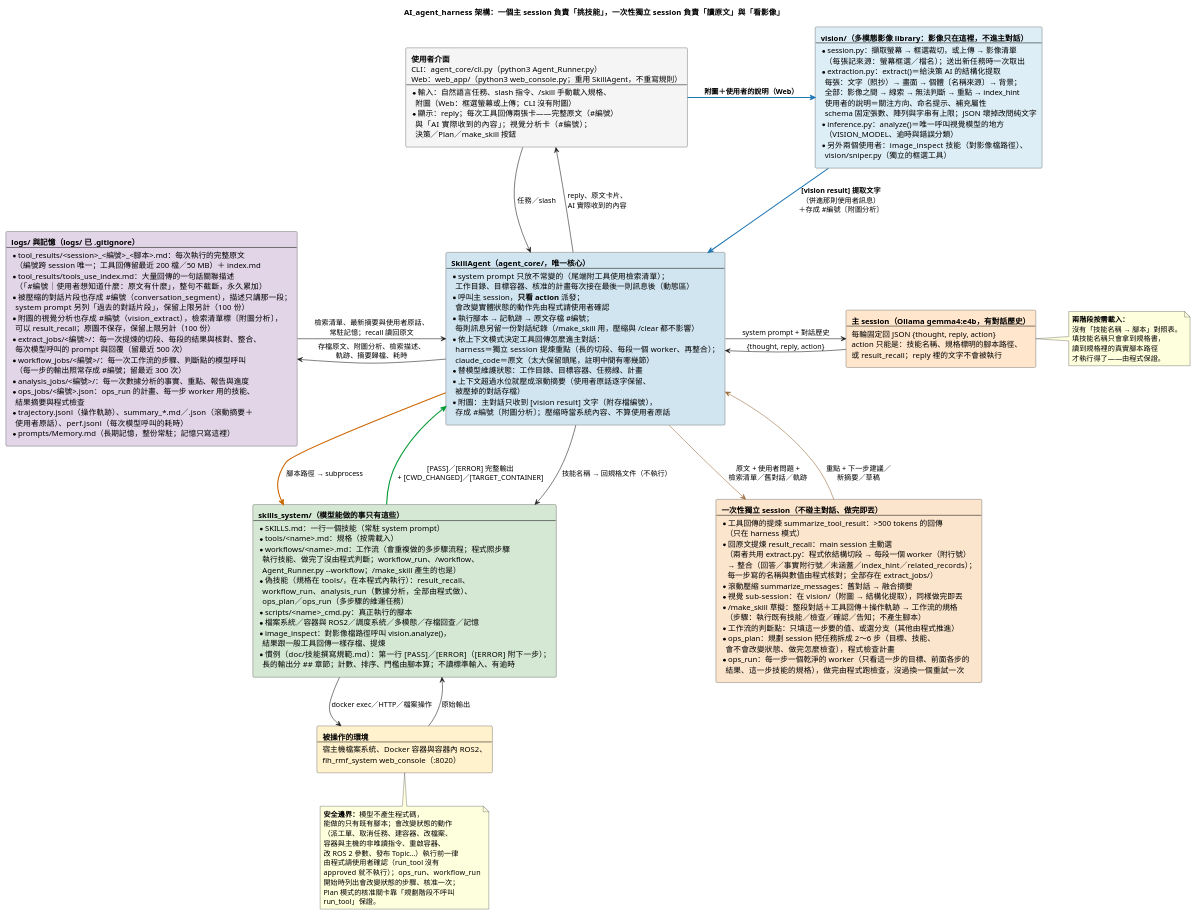
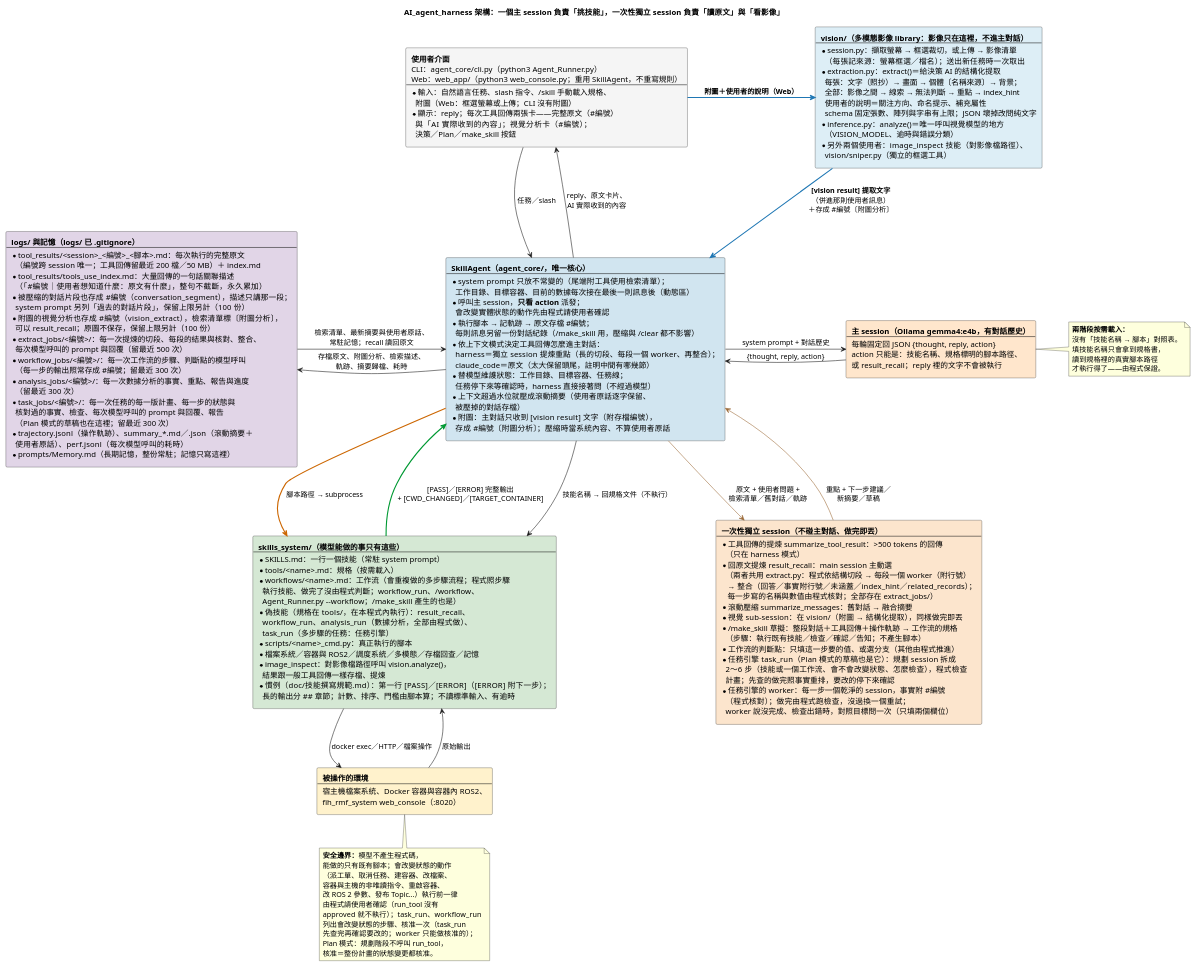
One commit to DavidZox/Coding_agnet changed the diagram in doc/diagrams/AI_agent_harness的說明.puml. Above: the diagram before and after it, drawn with PlantUML. The commit also changed 15 other files, not shown here.

```diff
--- a/doc/diagrams/AI_agent_harness的說明.puml
+++ b/doc/diagrams/AI_agent_harness的說明.puml
@@ -1,174 +1,180 @@
 @startuml
 ' --- 樣式精準控制 ---
 skinparam RectangleWidthMax 340
 skinparam ranksep 60
 skinparam nodesep 60
 skinparam shadowing false
 skinparam defaultFontName "Microsoft JhengHei"
 
 title AI_agent_harness 架構：一個主 session 負責「挑技能」，一次性獨立 session 負責「讀原文」與「看影像」
 
 rectangle NodeUser #F5F5F5 [
   **使用者介面**
   CLI：agent_core/cli.py（python3 Agent_Runner.py）
   Web：web_app/（python3 web_console.py；重用 SkillAgent，不重寫規則）
   ----
   * 輸入：自然語言任務、slash 指令、/skill 手動載入規格、
     附圖（Web：框選螢幕或上傳；CLI 沒有附圖）
   * 顯示：reply；每次工具回傳兩張卡——完整原文（#編號）
     與「AI 實際收到的內容」；視覺分析卡（#編號）；
     決策／Plan／make_skill 按鈕
 ]
 
 rectangle NodeVision #DDEEF6 [
   **vision/（多模態影像 library：影像只在這裡，不進主對話）**
   ----
   * session.py：擷取螢幕 → 框選裁切，或上傳 → 影像清單
     （每張記來源：螢幕框選／檔名）；送出新任務時一次取出
   * extraction.py：extract()＝給決策 AI 的結構化提取
     每張：文字（照抄）→ 畫面 → 個體〔名稱來源〕→ 背景；
     全部：影像之間 → 線索 → 無法判斷 → 重點 → index_hint
     使用者的說明＝關注方向、命名提示、補充屬性
     schema 固定張數、陣列與字串有上限；JSON 壞掉改問純文字
   * inference.py：analyze()＝唯一呼叫視覺模型的地方
     （VISION_MODEL、逾時與錯誤分類）
   * 另外兩個使用者：image_inspect 技能（對影像檔路徑）、
     vision/sniper.py（獨立的框選工具）
 ]
 
 rectangle NodeAgent #D1E5F0 [
   **SkillAgent（agent_core/，唯一核心）**
   ----
   * system prompt 只放不常變的（尾端附工具使用檢索清單）；
-    工作目錄、目標容器、核准的計畫每次接在最後一則訊息後（動態區）
+    工作目錄、目標容器、目前的數據每次接在最後一則訊息後（動態區）
   * 呼叫主 session，**只看 action** 派發；
     會改變實體狀態的動作先由程式請使用者確認
   * 執行腳本 → 記軌跡 → 原文存檔 #編號；
     每則訊息另留一份對話紀錄（/make_skill 用，壓縮與 /clear 都不影響）
   * 依上下文模式決定工具回傳怎麼進主對話：
     harness＝獨立 session 提煉重點（長的切段、每段一個 worker、再整合）；
     claude_code＝原文（太大保留頭尾，註明中間有哪幾節）
-  * 替模型維護狀態：工作目錄、目標容器、任務線、計畫
+  * 替模型維護狀態：工作目錄、目標容器、任務線；
+    任務停下來等確認時，harness 直接接著問（不經過模型）
   * 上下文超過水位就壓成滾動摘要（使用者原話逐字保留、
     被壓掉的對話存檔）
   * 附圖：主對話只收到 [vision result] 文字（附存檔編號），
     存成 #編號〔附圖分析〕；壓縮時當系統內容、不算使用者原話
 ]
 
 rectangle NodeLLM #FFE6CC [
   **主 session（Ollama gemma4:e4b，有對話歷史）**
   ----
   每輪固定回 JSON {thought, reply, action}
   action 只能是：技能名稱、規格標明的腳本路徑、
   或 result_recall；reply 裡的文字不會被執行
 ]
 
 rectangle NodeSub #FCE5CD [
   **一次性獨立 session（不碰主對話、做完即丟）**
   ----
   * 工具回傳的提煉 summarize_tool_result：>500 tokens 的回傳
     （只在 harness 模式）
   * 回原文提煉 result_recall：main session 主動選
     （兩者共用 extract.py：程式依結構切段 → 每段一個 worker（附行號）
      → 整合（回答／事實附行號／未涵蓋／index_hint／related_records）；
      每一步寫的名稱與數值由程式核對；全部存在 extract_jobs/）
   * 滾動壓縮 summarize_messages：舊對話 → 融合摘要
   * 視覺 sub-session：在 vision/（附圖 → 結構化提取），同樣做完即丟
   * /make_skill 草擬：整段對話＋工具回傳＋操作軌跡 → 工作流的規格
     （步驟：執行既有技能／檢查／確認／告知；不產生腳本）
   * 工作流的判斷點：只填這一步要的值、或選分支（其他由程式推進）
-  * ops_plan：規劃 session 把任務拆成 2～6 步（目標、技能、
-    會不會改變狀態、做完怎麼檢查），程式檢查計畫
-  * ops_run：每一步一個乾淨的 worker（只看這一步的目標、前面各步的
-    結果、這一步技能的規格），做完由程式跑檢查，沒過換一個重試一次
+  * 任務引擎 task_run（Plan 模式的草稿也是它）：規劃 session 拆成
+    2～6 步（技能或一個工作流、會不會改變狀態、怎麼檢查），程式檢查
+    計畫；先查的做完照事實重排，要改的停下來確認
+  * 任務引擎的 worker：每一步一個乾淨的 session，事實附 #編號
+    （程式核對）；做完由程式跑檢查，沒過換一個重試；
+    worker 說沒完成、檢查出錯時，對照目標問一次（只填兩個欄位）
 ]
 
 rectangle NodeSkills #D5E8D4 [
   **skills_system/（模型能做的事只有這些）**
   ----
   * SKILLS.md：一行一個技能（常駐 system prompt）
   * tools/<name>.md：規格（按需載入）
   * workflows/<name>.md：工作流（會重複做的多步驟流程；程式照步驟
     執行技能、做完了沒由程式判斷；workflow_run、/workflow、
     Agent_Runner.py --workflow；/make_skill 產生的也是）
   * 偽技能（規格在 tools/，在本程式內執行）：result_recall、
     workflow_run、analysis_run（數據分析，全部由程式做）、
-    ops_plan／ops_run（多步驟的維運任務）
+    task_run（多步驟的任務：任務引擎）
   * scripts/<name>_cmd.py：真正執行的腳本
   * 檔案系統／容器與 ROS2／調度系統／多模態／存檔回查／記憶
   * image_inspect：對影像檔路徑呼叫 vision.analyze()，
     結果跟一般工具回傳一樣存檔、提煉
   * 慣例（doc/技能撰寫規範.md）：第一行 [PASS]／[ERROR]（[ERROR] 附下一步）；
     長的輸出分 ## 章節；計數、排序、門檻由腳本算；不讀標準輸入、有逾時
 ]
 
 rectangle NodeWorld #FFF2CC [
   **被操作的環境**
   ----
   宿主機檔案系統、Docker 容器與容器內 ROS2、
   fih_rmf_system web_console（:8020）
 ]
 
 rectangle NodeStore #E1D5E7 [
   **logs/ 與記憶（logs/ 已 .gitignore）**
   ----
   * tool_results/<session>_<編號>_<腳本>.md：每次執行的完整原文
     （編號跨 session 唯一；工具回傳留最近 200 檔／50 MB）＋ index.md
   * tool_results/tools_use_index.md：大量回傳的一句話關聯描述
     （「#編號｜使用者想知道什麼：原文有什麼」，整句不截斷，永久累加）
   * 被壓縮的對話片段也存成 #編號（conversation_segment），描述只講那一段；
     system prompt 另列「過去的對話片段」，保留上限另計（100 份）
   * 附圖的視覺分析也存成 #編號（vision_extract），檢索清單標〔附圖分析〕，
     可以 result_recall；原圖不保存，保留上限另計（100 份）
   * extract_jobs/<編號>/：每一次提煉的切段、每段的結果與核對、整合、
     每次模型呼叫的 prompt 與回覆（留最近 500 次）
   * workflow_jobs/<編號>/：每一次工作流的步驟、判斷點的模型呼叫
     （每一步的輸出照常存成 #編號；留最近 300 次）
   * analysis_jobs/<編號>/：每一次數據分析的事實、重點、報告與進度
-  * ops_jobs/<編號>.json：ops_run 的計畫、每一步 worker 用的技能、
-    結果摘要與程式檢查
+    （留最近 300 次）
+  * task_jobs/<編號>/：每一次任務的每一版計畫、每一步的狀態與
+    核對過的事實、檢查、每次模型呼叫的 prompt 與回覆、報告
+    （Plan 模式的草稿也在這裡；留最近 300 次）
   * trajectory.jsonl（操作軌跡）、summary_*.md／.json（滾動摘要＋
     使用者原話）、perf.jsonl（每次模型呼叫的耗時）
   * prompts/Memory.md（長期記憶，整份常駐；記憶只寫這裡）
 ]
 
 NodeUser -down-> NodeAgent : 任務／slash
 NodeAgent -up-> NodeUser : reply、原文卡片、\nAI 實際收到的內容
 NodeAgent -right-> NodeLLM : system prompt + 對話歷史
 NodeLLM -left-> NodeAgent : {thought, reply, action}
 NodeAgent -[#996633]right-> NodeSub : 原文 + 使用者問題 +\n檢索清單／舊對話／軌跡
 NodeSub -[#996633]left-> NodeAgent : 重點 + 下一步建議／\n新摘要／草稿
 NodeUser -[#1F77B4,bold]right-> NodeVision : **附圖＋使用者的說明（Web）**
 NodeVision -[#1F77B4,bold]down-> NodeAgent : **[vision result] 提取文字**\n（併進那則使用者訊息）\n＋存成 #編號〔附圖分析〕
 NodeAgent -down-> NodeSkills : 技能名稱 → 回規格文件（不執行）
 NodeAgent -[#CC6600,bold]down-> NodeSkills : 腳本路徑 → subprocess
 NodeSkills -down-> NodeWorld : docker exec／HTTP／檔案操作
 NodeWorld -up-> NodeSkills : 原始輸出
 NodeSkills -[#009933,bold]up-> NodeAgent : [PASS]／[ERROR] 完整輸出\n+ [CWD_CHANGED]／[TARGET_CONTAINER]
 NodeAgent -left-> NodeStore : 存檔原文、附圖分析、檢索描述、\n軌跡、摘要歸檔、耗時
 NodeStore -right-> NodeAgent : 檢索清單、最新摘要與使用者原話、\n常駐記憶；recall 讀回原文
 NodeLLM -[hidden]down-> NodeSub
 NodeVision -[hidden]down-> NodeLLM
 
 note right of NodeLLM
   **兩階段按需載入：**
   沒有「技能名稱 → 腳本」對照表。
   填技能名稱只會拿到規格書，
   讀到規格裡的真實腳本路徑
   才執行得了——由程式保證。
 end note
 
 note bottom of NodeWorld
   **安全邊界：**模型不產生程式碼，
   能做的只有既有腳本；會改變狀態的動作
   （派工單、取消任務、建容器、改檔案、
   容器與主機的非唯讀指令、重啟容器、
   改 ROS 2 參數、發布 Topic…）執行前一律
   由程式請使用者確認（run_tool 沒有
-  approved 就不執行）；ops_run、workflow_run
-  開始時列出會改變狀態的步驟、核准一次；
-  Plan 模式的核准關卡靠「規劃階段不呼叫
-  run_tool」保證。
+  approved 就不執行）；task_run、workflow_run
+  列出會改變狀態的步驟、核准一次（task_run
+  先查完再確認要改的；worker 只能做核准的）；
+  Plan 模式：規劃階段不呼叫 run_tool，
+  核准＝整份計畫的狀態變更都核准。
 end note
 
 @enduml
```
